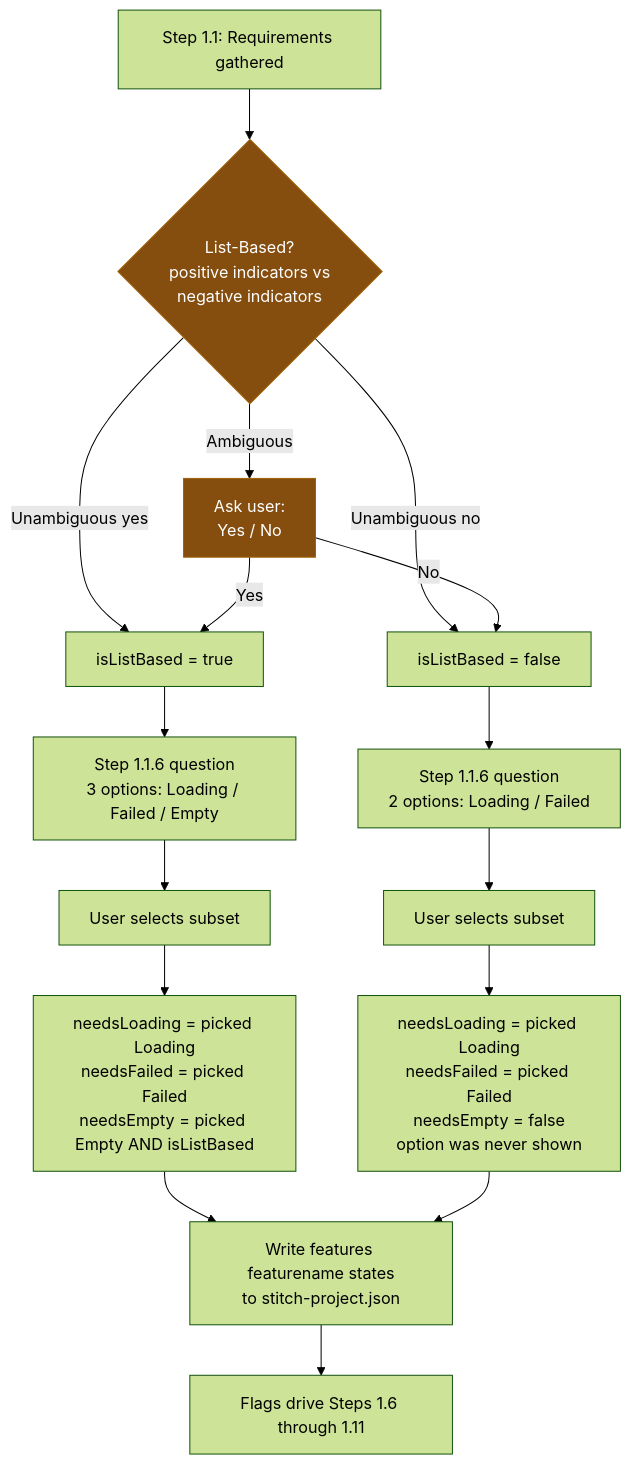
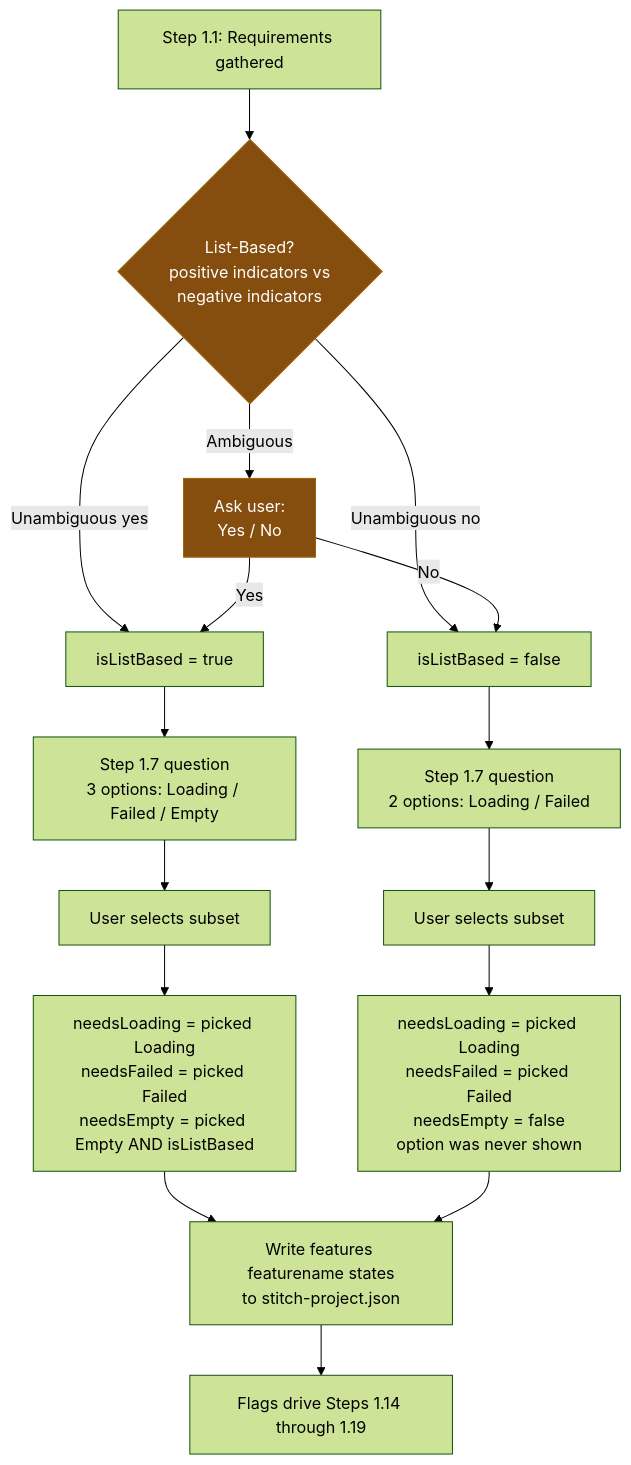
One commit to Saroj-Maharjan/KMPilot changed the second of 6 diagrams in .claude/docs/_project/flowcharts/ui-designer.md. Above: the diagram before and after it, drawn with Mermaid (forest theme). The commit also changed other lines of this file and 21 other files, not shown here.

````diff
--- a/.claude/docs/_project/flowcharts/ui-designer.md
+++ b/.claude/docs/_project/flowcharts/ui-designer.md
@@ -66,26 +67,26 @@
 ```mermaid
 flowchart TD
     R[Step 1.1: Requirements gathered] --> L{List-Based?<br/>positive indicators vs<br/>negative indicators}
     L -->|Unambiguous yes| LY[isListBased = true]
     L -->|Unambiguous no| LN[isListBased = false]
     L -->|Ambiguous| LQ[Ask user:<br/>Yes / No]
     LQ -->|Yes| LY
     LQ -->|No| LN
 
-    LY --> Ask3[Step 1.1.6 question<br/>3 options: Loading / Failed / Empty]
-    LN --> Ask2[Step 1.1.6 question<br/>2 options: Loading / Failed]
+    LY --> Ask3[Step 1.7 question<br/>3 options: Loading / Failed / Empty]
+    LN --> Ask2[Step 1.7 question<br/>2 options: Loading / Failed]
 
     Ask3 --> Pick3[User selects subset]
     Ask2 --> Pick2[User selects subset]
 
     Pick3 --> Compute3[needsLoading = picked Loading<br/>needsFailed = picked Failed<br/>needsEmpty = picked Empty AND isListBased]
     Pick2 --> Compute2[needsLoading = picked Loading<br/>needsFailed = picked Failed<br/>needsEmpty = false<br/>option was never shown]
 
     Compute3 --> Persist[Write features featurename states<br/>to stitch-project.json]
     Compute2 --> Persist
 
-    Persist --> Down[Flags drive Steps 1.6 through 1.11]
+    Persist --> Down[Flags drive Steps 1.14 through 1.19]
 
     classDef gate fill:#854d0e,stroke:#a16207,color:#fff
     class L,LQ gate
 ```
````
